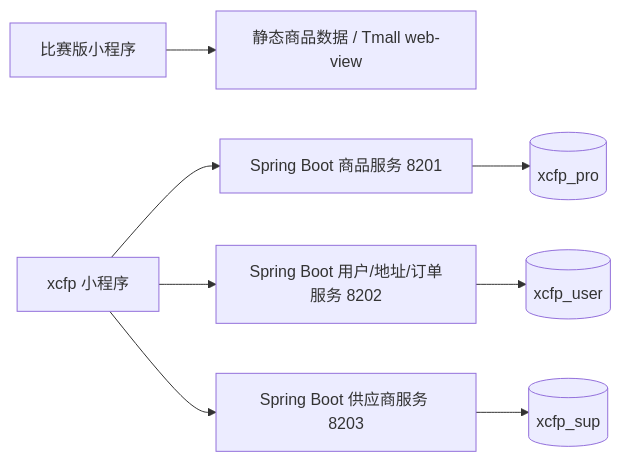
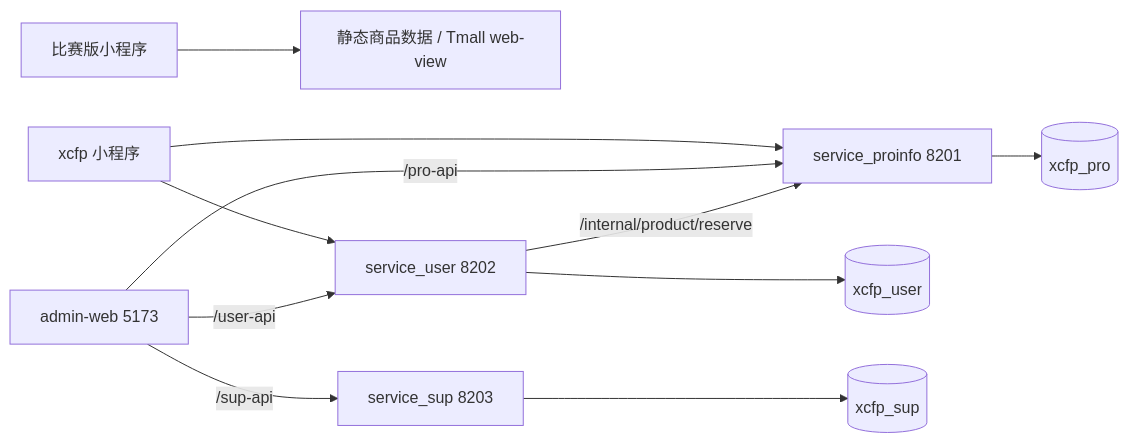
Before and after one commit to ningbojian/agri-ecommerce-platform: the first of 2 diagrams in README.md, drawn with Mermaid. The commit also changed other lines of this file and 185 other files, not shown here.

````diff
--- a/README.md
+++ b/README.md
@@ -41,10 +97,13 @@
 ```mermaid
 flowchart LR
     A[比赛版小程序] --> B[静态商品数据 / Tmall web-view]
-    C[xcfp 小程序] --> D[Spring Boot 商品服务 8201]
-    C --> E[Spring Boot 用户/地址/订单服务 8202]
-    C --> F[Spring Boot 供应商服务 8203]
+    C[xcfp 小程序] --> D[service_proinfo 8201]
+    C --> E[service_user 8202]
+    W[admin-web 5173] -->|/pro-api| D
+    W -->|/user-api| E
+    W -->|/sup-api| F[service_sup 8203]
+    E -->|/internal/product/reserve| D
     D --> G[(xcfp_pro)]
     E --> H[(xcfp_user)]
     F --> I[(xcfp_sup)]
 ```
````
